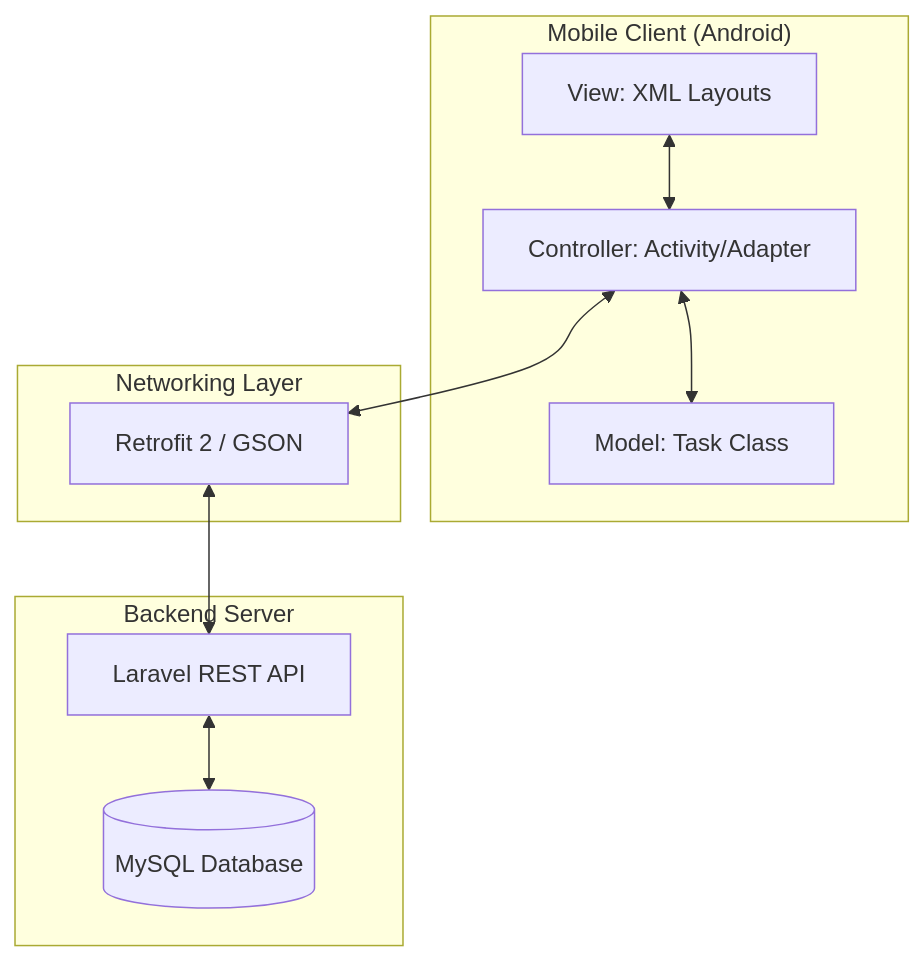
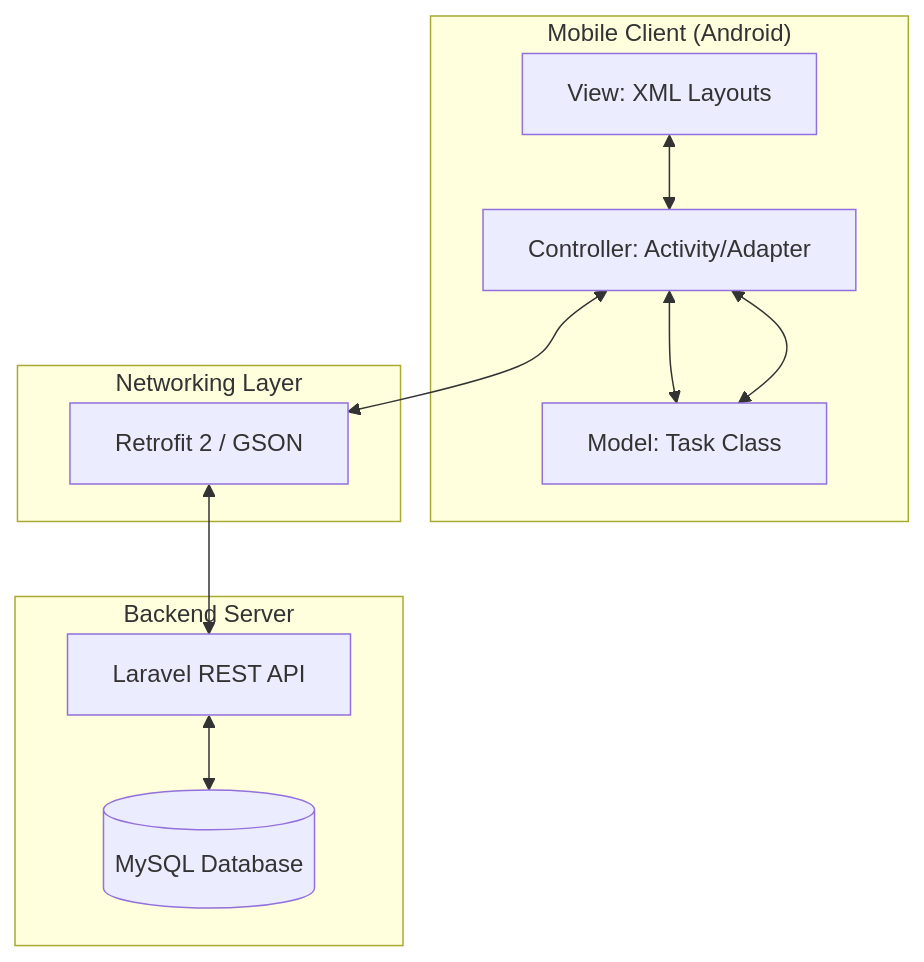
One commit to damar22004-debug/Projek-Uas---Manajemen-Tugas-Kuliah changed the first of 7 diagrams in mobile/README.md. Above: the diagram before and after it, drawn with Mermaid. The commit also changed other lines of this file, not shown here.

Commit message:
docs(mobile): Fix Mermaid diagram syntax in README

````diff
--- a/mobile/README.md
+++ b/mobile/README.md
@@ -10,23 +10,24 @@
 ```mermaid
 graph TD
     subgraph "Mobile Client (Android)"
         UI[View: XML Layouts]
         Controller[Controller: Activity/Adapter]
         Model[Model: Task Class]
     end
 
     subgraph "Networking Layer"
         Retrofit[Retrofit 2 / GSON]
     end
 
     subgraph "Backend Server"
         API[Laravel REST API]
         DB[(MySQL Database)]
     end
 
     UI <--> Controller
     Controller <--> Model
+    Controller <--> Model
     Controller <--> Retrofit
     Retrofit <--> API
     API <--> DB
 ```
````
